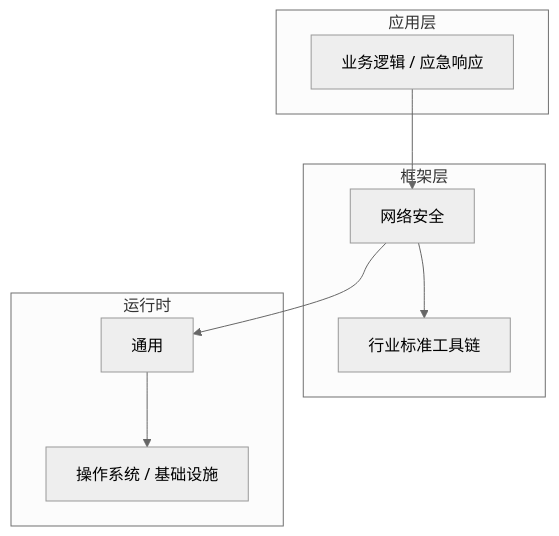
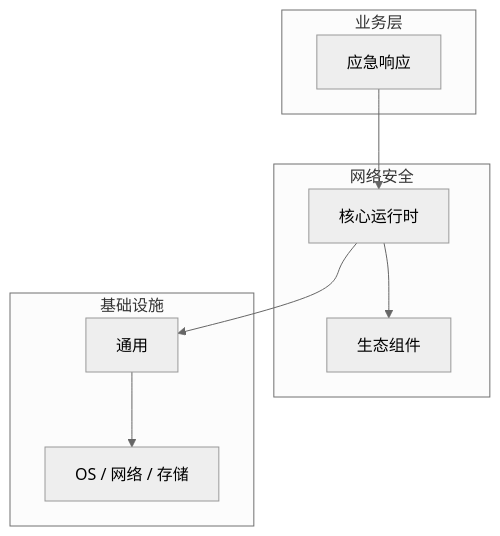
The diagram in articles/网络安全/chapters/089-应急响应核心概念与原理.md (yanggan2015/knowledge-json-v2), drawn with Mermaid (neutral theme) before and after one commit. The commit also changed other lines of this file and 10127 other files, not shown here.

````diff
--- a/articles/网络安全/chapters/089-应急响应核心概念与原理.md
+++ b/articles/网络安全/chapters/089-应急响应核心概念与原理.md
@@ -46,18 +35,18 @@
 ```mermaid
 graph TB
-    subgraph 应用层
-        A[业务逻辑 / 应急响应]
+    subgraph 业务层
+        A[应急响应]
     end
-    subgraph 框架层
-        B[网络安全]
-        C[行业标准工具链]
+    subgraph 网络安全
+        B[核心运行时]
+        C[生态组件]
     end
-    subgraph 运行时
+    subgraph 基础设施
         D[通用]
-        E[操作系统 / 基础设施]
+        E[OS / 网络 / 存储]
     end
     A --> B
     B --> C
     B --> D
     D --> E
 ```
````
